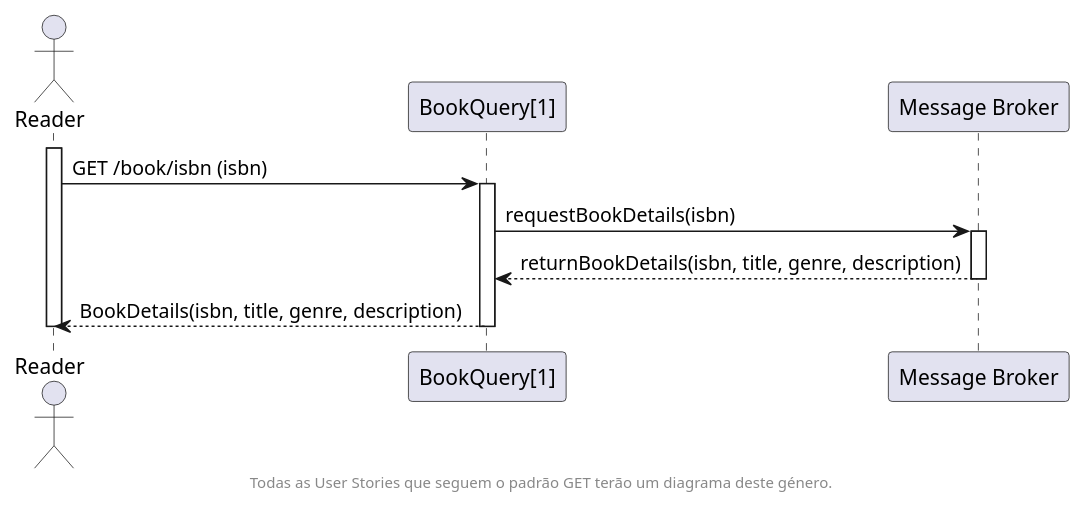
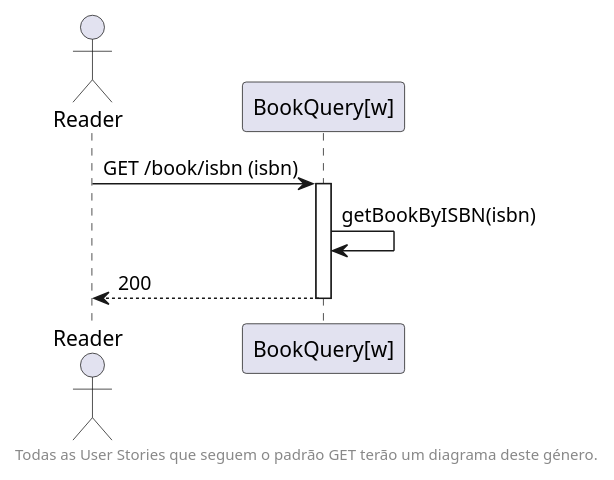
Before and after one commit to AndreFon04/sidis_2024_3DB: the diagram in docs/Entrega2/nivel_2/VP/N2-VP_GetABook.puml, drawn with PlantUML. The commit also changed 72 other files, not shown here.

Commit message:
Updated documentation for third iteration; Lending Command is now working and has DTOs to communicate between modules - Message Consumer works for book, reader and author creation and updating; User creation muted - was causing a loop, reader works;

```diff
--- a/docs/Entrega2/nivel_2/VP/N2-VP_GetABook.puml
+++ b/docs/Entrega2/nivel_2/VP/N2-VP_GetABook.puml
@@ -1,23 +1,16 @@
 @startuml
 
 actor "Reader" as U
-participant "BookQuery[1]" as BM1
-participant "Message Broker" as MB
+participant "BookQuery[w]" as BM1
 
-activate U
 U -> BM1 : GET /book/isbn (isbn)
 activate BM1
 
-BM1 -> MB : requestBookDetails(isbn)
-activate MB
+BM1 -> BM1 : getBookByISBN(isbn)
 
-MB --> BM1 : returnBookDetails(isbn, title, genre, description)
-deactivate MB
-
-BM1 --> U: BookDetails(isbn, title, genre, description)
+BM1 --> U: 200
 deactivate BM1
-deactivate U
 
 footer Todas as User Stories que seguem o padrão GET terão um diagrama deste género.
 
 @enduml
```
